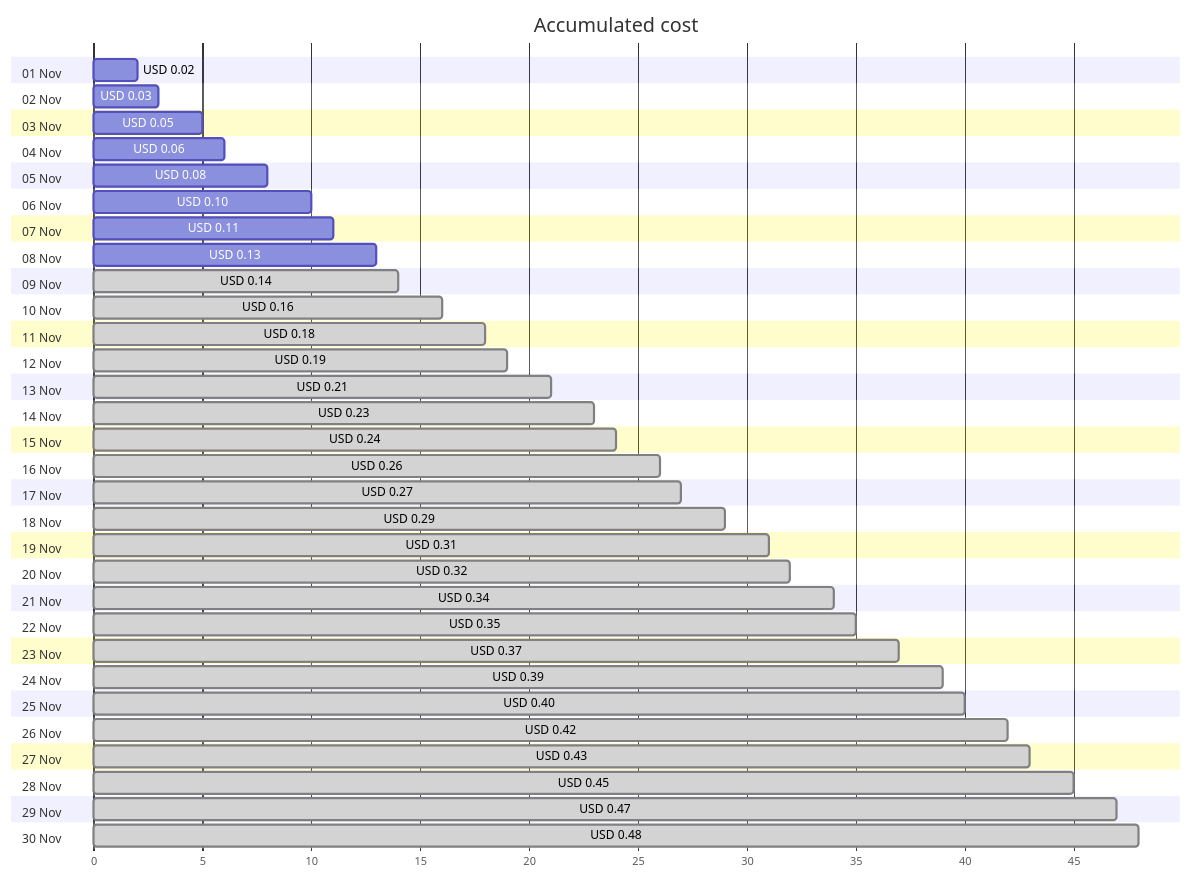
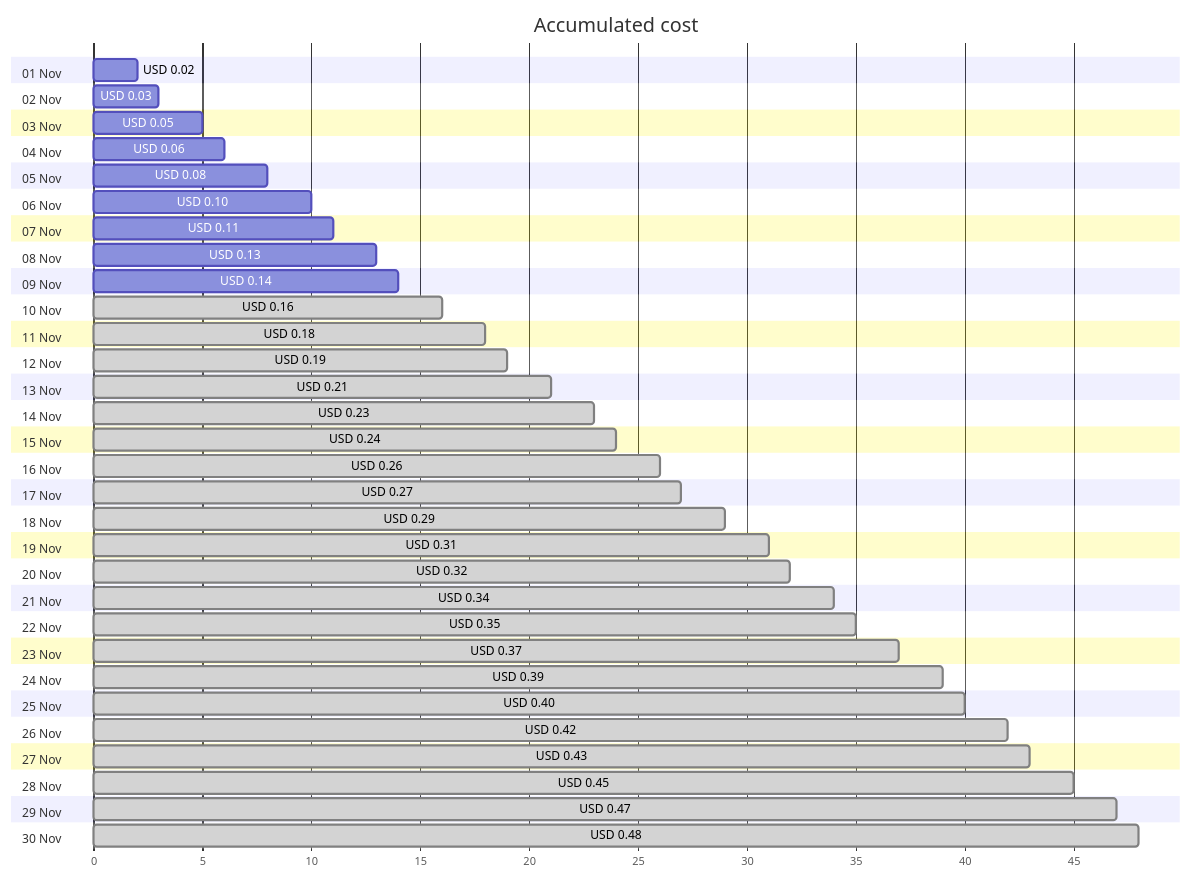
The first of 4 diagrams in cost-reports/personal-network/private.jpatrickfulton.com.md (jpfulton/azure-personal-reports), drawn with Mermaid before and after one commit. The commit also changed other lines of this file and 8 other files, not shown here.

````diff
--- a/cost-reports/personal-network/private.jpatrickfulton.com.md
+++ b/cost-reports/personal-network/private.jpatrickfulton.com.md
@@ -20,66 +20,66 @@
 ```mermaid
 gantt
    title Accumulated cost
    dateFormat  X
    axisFormat %s
    section 01 Nov
    USD 0.02 :0, 2
    section 02 Nov
    USD 0.03 :0, 3
    section 03 Nov
    USD 0.05 :0, 5
    section 04 Nov
    USD 0.06 :0, 6
    section 05 Nov
    USD 0.08 :0, 8
    section 06 Nov
    USD 0.10 :0, 10
    section 07 Nov
    USD 0.11 :0, 11
    section 08 Nov
    USD 0.13 :0, 13
    section 09 Nov
-   USD 0.14 : done, 0, 14
+   USD 0.14 :0, 14
    section 10 Nov
    USD 0.16 : done, 0, 16
    section 11 Nov
    USD 0.18 : done, 0, 18
    section 12 Nov
    USD 0.19 : done, 0, 19
    section 13 Nov
    USD 0.21 : done, 0, 21
    section 14 Nov
    USD 0.23 : done, 0, 23
    section 15 Nov
    USD 0.24 : done, 0, 24
    section 16 Nov
    USD 0.26 : done, 0, 26
    section 17 Nov
    USD 0.27 : done, 0, 27
    section 18 Nov
    USD 0.29 : done, 0, 29
    section 19 Nov
    USD 0.31 : done, 0, 31
    section 20 Nov
    USD 0.32 : done, 0, 32
    section 21 Nov
    USD 0.34 : done, 0, 34
    section 22 Nov
    USD 0.35 : done, 0, 35
    section 23 Nov
    USD 0.37 : done, 0, 37
    section 24 Nov
    USD 0.39 : done, 0, 39
    section 25 Nov
    USD 0.40 : done, 0, 40
    section 26 Nov
    USD 0.42 : done, 0, 42
    section 27 Nov
    USD 0.43 : done, 0, 43
    section 28 Nov
    USD 0.45 : done, 0, 45
    section 29 Nov
    USD 0.47 : done, 0, 47
    section 30 Nov
    USD 0.48 : done, 0, 48
 ```
````
